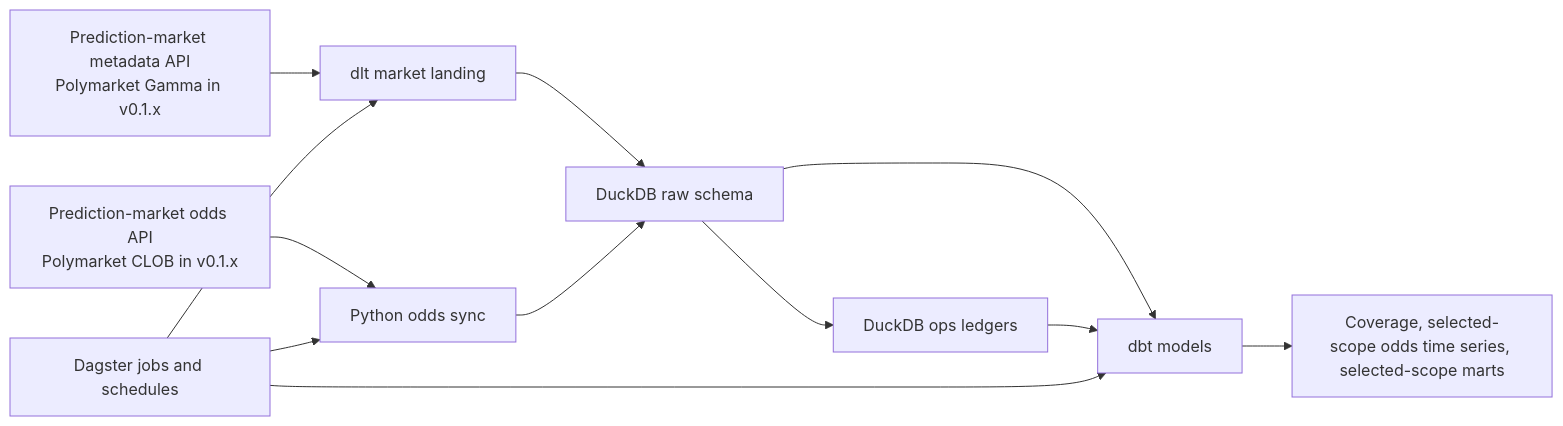
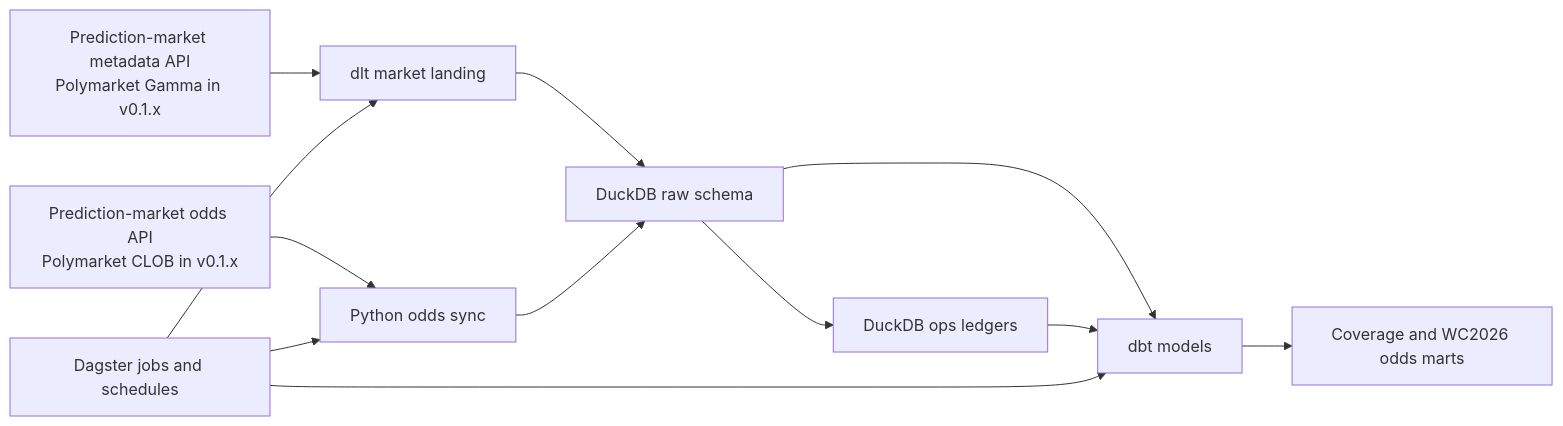
One commit to hypertrial/oddsfox-pipeline changed the first of 2 diagrams in docs/architecture.md. Above: the diagram before and after it, drawn with Mermaid. The commit also changed other lines of this file and 190 other files, not shown here.

````diff
--- a/docs/architecture.md
+++ b/docs/architecture.md
@@ -10,14 +10,14 @@
 ```mermaid
 flowchart LR
     gamma["Prediction-market metadata API<br/>Polymarket Gamma in v0.1.x"] --> dlt["dlt market landing"]
     clob["Prediction-market odds API<br/>Polymarket CLOB in v0.1.x"] --> odds["Python odds sync"]
     dlt --> raw["DuckDB raw schema"]
     odds --> raw
     raw --> ops["DuckDB ops ledgers"]
     raw --> dbt["dbt models"]
     ops --> dbt
-    dbt --> marts["Coverage, selected-scope odds time series, selected-scope marts"]
+    dbt --> marts["Coverage and WC2026 odds marts"]
     dagster["Dagster jobs and schedules"] --> dlt
     dagster --> odds
     dagster --> dbt
 ```
````
